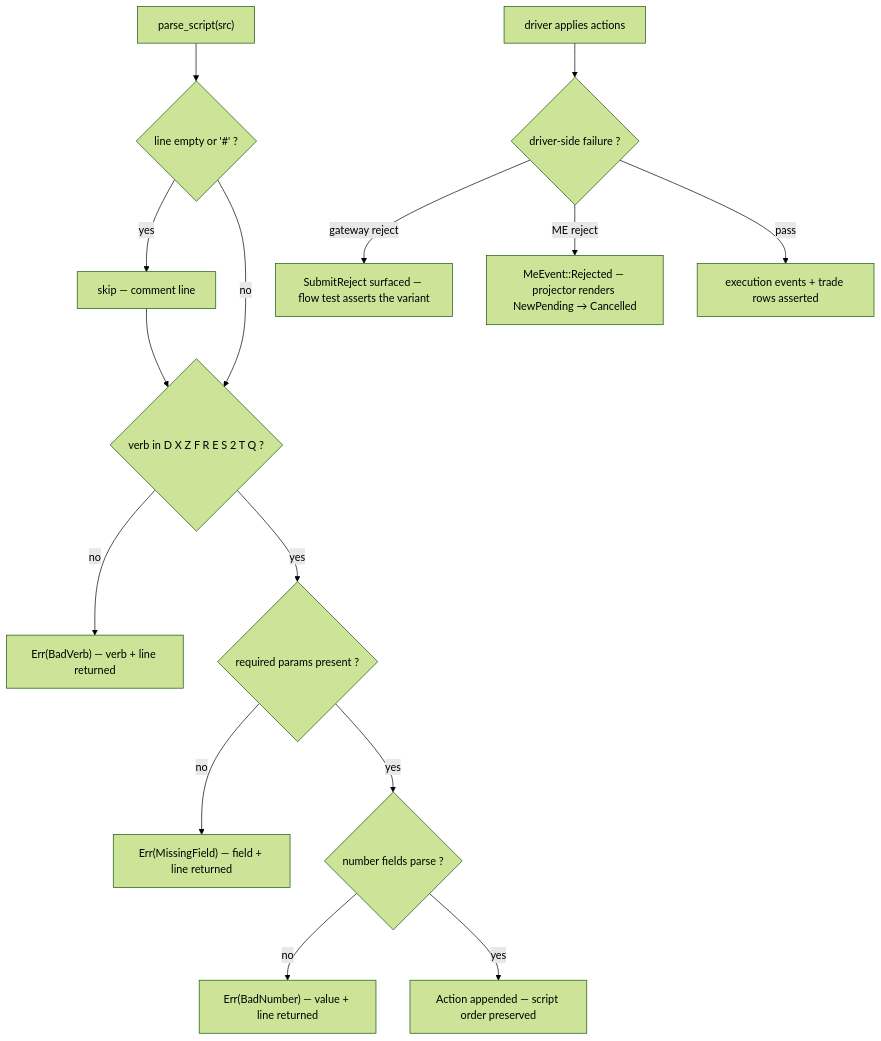
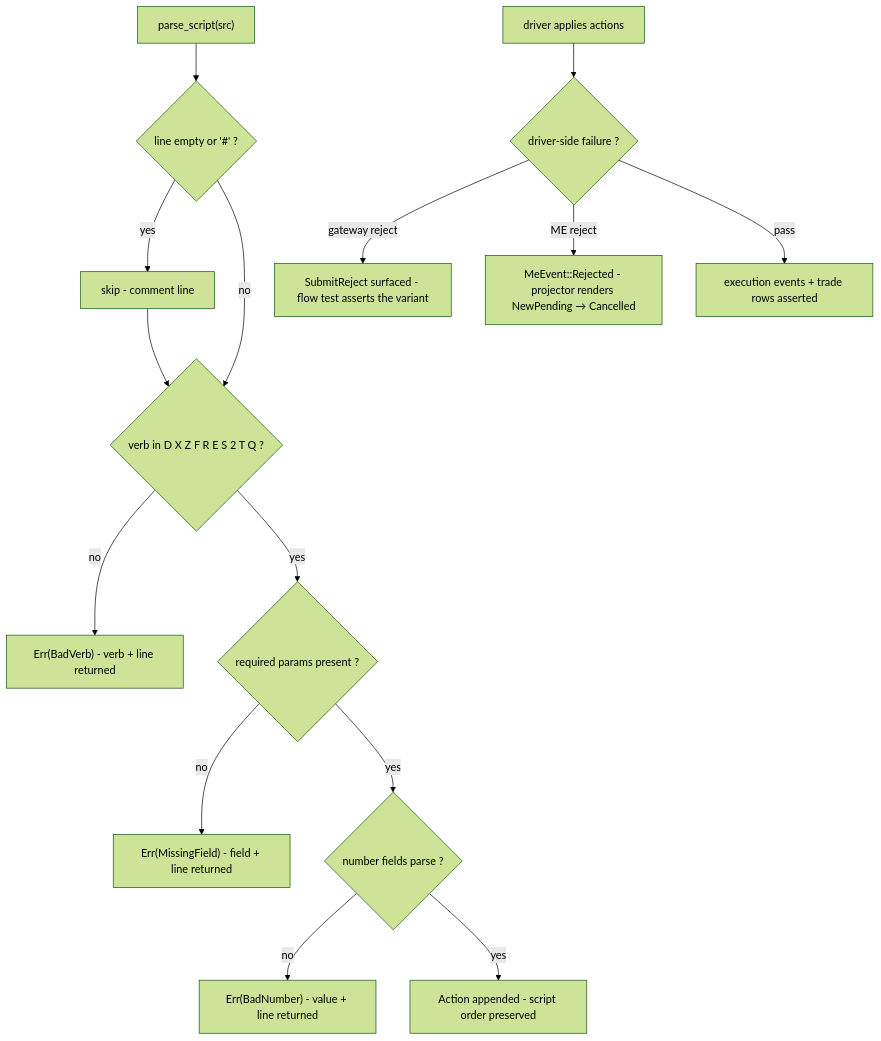
One commit to Exchange8-dev/exchange8-sdk changed the fifth of 6 diagrams in crates/sim-harness/DESIGN.md. Above: the diagram before and after it, drawn with Mermaid (forest theme). The commit also changed other lines of this file and 60 other files, not shown here.

````diff
--- a/crates/sim-harness/DESIGN.md
+++ b/crates/sim-harness/DESIGN.md
@@ -253,18 +253,18 @@
 ```mermaid
 flowchart TD
     SRC["parse_script(src)"] --> L{"line empty or '#' ?"}
-    L -->|yes| SKIP["skip — comment line"]
+    L -->|yes| SKIP["skip - comment line"]
     L -->|no| V{"verb in D X Z F R E S 2 T Q ?"}
-    V -->|no| BV["Err(BadVerb) — verb + line returned"]
+    V -->|no| BV["Err(BadVerb) - verb + line returned"]
     V -->|yes| F{"required params present ?"}
-    F -->|no| MF["Err(MissingField) — field + line returned"]
+    F -->|no| MF["Err(MissingField) - field + line returned"]
     F -->|yes| N{"number fields parse ?"}
-    N -->|no| BN["Err(BadNumber) — value + line returned"]
-    N -->|yes| OK["Action appended — script order preserved"]
+    N -->|no| BN["Err(BadNumber) - value + line returned"]
+    N -->|yes| OK["Action appended - script order preserved"]
     SKIP --> V
 
     APPLY["driver applies actions"] --> DR{"driver-side failure ?"}
-    DR -->|gateway reject| GR["SubmitReject surfaced — flow test asserts the variant"]
-    DR -->|ME reject| MER["MeEvent::Rejected — projector renders NewPending → Cancelled"]
+    DR -->|gateway reject| GR["SubmitReject surfaced - flow test asserts the variant"]
+    DR -->|ME reject| MER["MeEvent::Rejected - projector renders NewPending → Cancelled"]
     DR -->|pass| PASS["execution events + trade rows asserted"]
 ```
````
